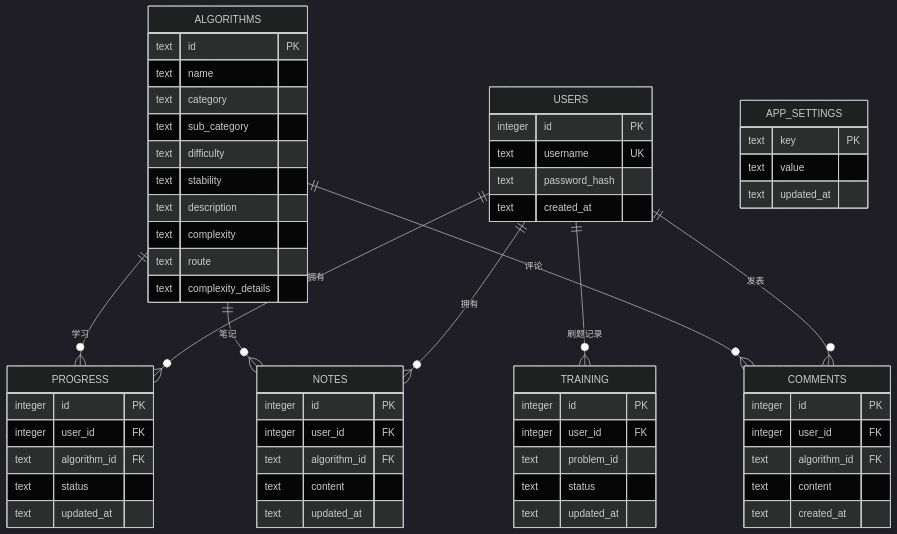
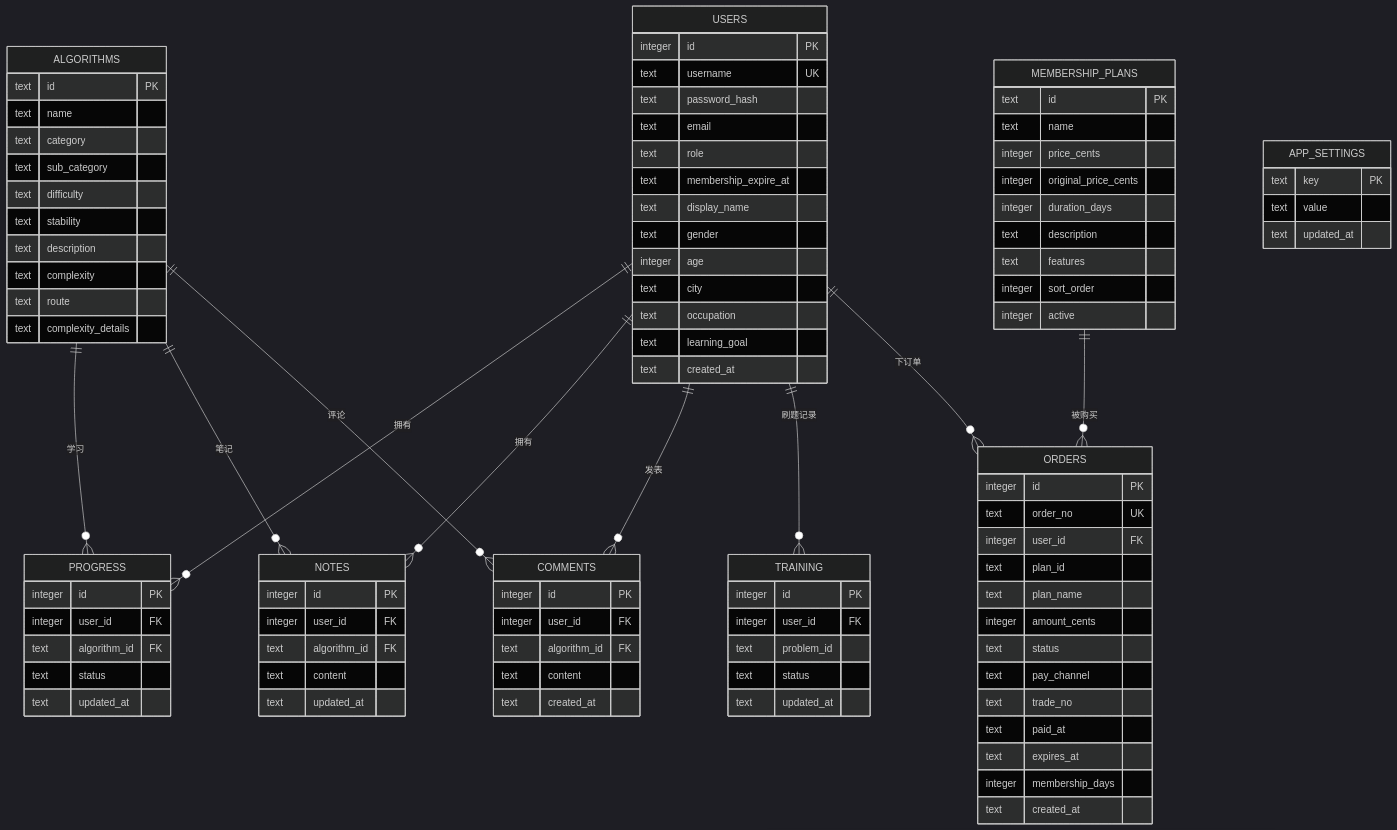
Before and after one commit to huangman881112/aiforip: the third of 7 diagrams in .qoder/repowiki/zh/content/数据库设计/数据库设计.md, drawn with Mermaid (dark theme). The commit also changed other lines of this file and 69 other files, not shown here.

````diff
--- a/.qoder/repowiki/zh/content/数据库设计/数据库设计.md
+++ b/.qoder/repowiki/zh/content/数据库设计/数据库设计.md
@@ -142,6 +178,15 @@
 integer id PK
 text username UK
 text password_hash
+text email
+text role
+text membership_expire_at
+text display_name
+text gender
+integer age
+text city
+text occupation
+text learning_goal
 text created_at
 }
 ALGORITHMS {
@@ -184,6 +229,32 @@
 text status
 text updated_at
 }
+MEMBERSHIP_PLANS {
+text id PK
+text name
+integer price_cents
+integer original_price_cents
+integer duration_days
+text description
+text features
+integer sort_order
+integer active
+}
+ORDERS {
+integer id PK
+text order_no UK
+integer user_id FK
+text plan_id
+text plan_name
+integer amount_cents
+text status
+text pay_channel
+text trade_no
+text paid_at
+text expires_at
+integer membership_days
+text created_at
+}
 APP_SETTINGS {
 text key PK
 text value
@@ -193,7 +264,9 @@
 USERS ||--o{ NOTES : "拥有"
 USERS ||--o{ COMMENTS : "发表"
 USERS ||--o{ TRAINING : "刷题记录"
+USERS ||--o{ ORDERS : "下订单"
 ALGORITHMS ||--o{ PROGRESS : "学习"
 ALGORITHMS ||--o{ NOTES : "笔记"
 ALGORITHMS ||--o{ COMMENTS : "评论"
+MEMBERSHIP_PLANS ||--o{ ORDERS : "被购买"
 ```
````
